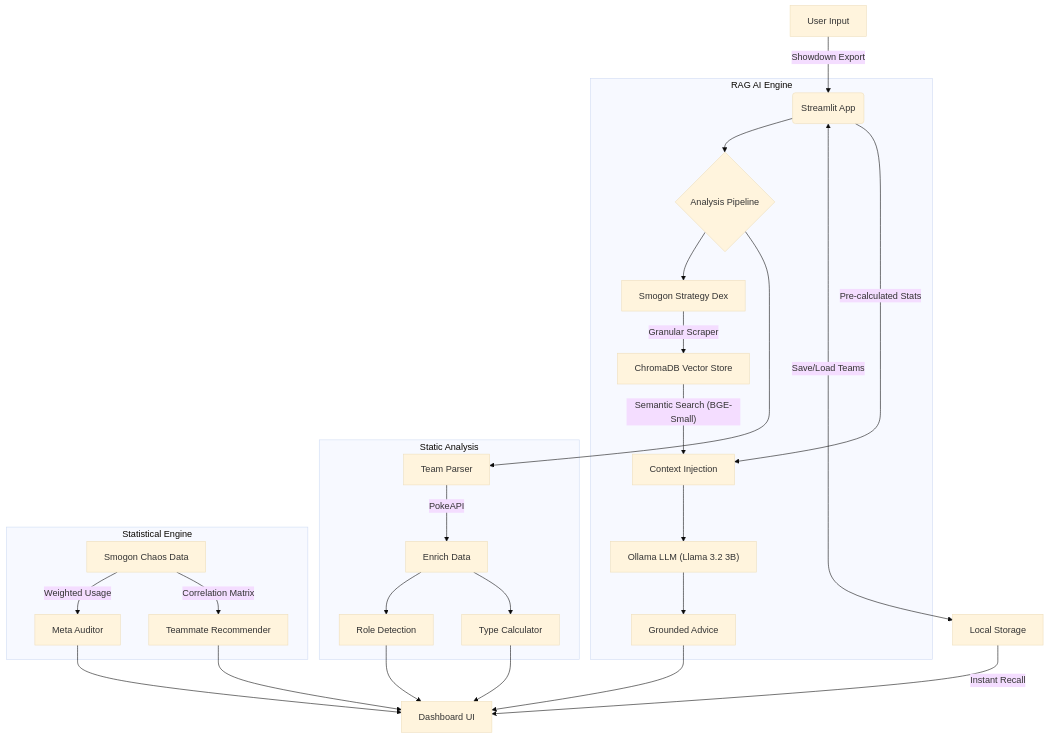
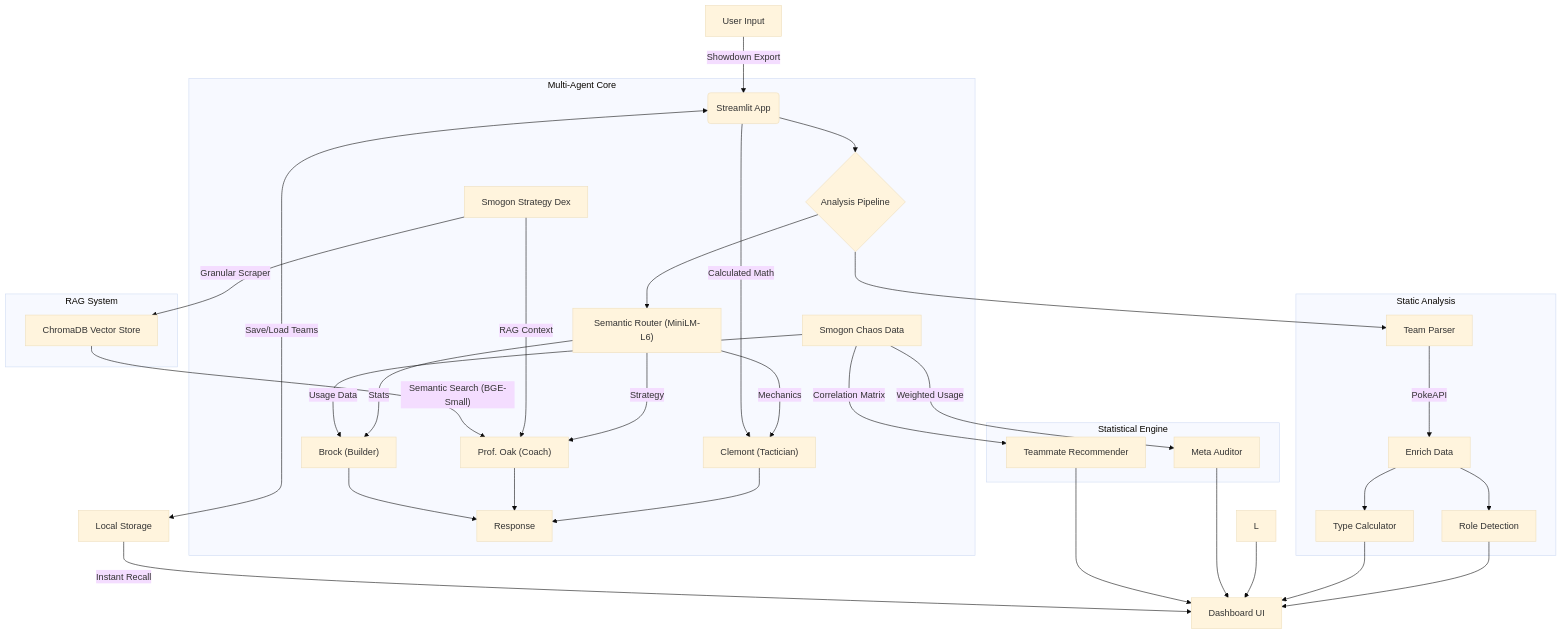
One commit to NamikazeAsh/MetaMatch changed the diagram in README.md. Above: the diagram before and after it, drawn with Mermaid (base theme). The commit also changed other lines of this file and 22 other files, not shown here.

Commit message:
feat: integrate Multi-Agent System (MAS) with Clemont, Oak, and Brock agents

````diff
--- a/README.md
+++ b/README.md
@@ -77,34 +83,44 @@
 ```mermaid
 graph TD
     A[User Input] -->|Showdown Export| B(Streamlit App)
     B --> C{Analysis Pipeline}
     B <-->|Save/Load Teams| S[Local Storage]
 
-    subgraph RAG_Engine ["RAG AI Engine"]
-    C --> H[Smogon Strategy Dex]
+    subgraph AI_Core ["Multi-Agent Core"]
+    C --> R["Semantic Router (MiniLM-L6)"]
+    R -->|Mechanics| T["Clemont (Tactician)"]
+    R -->|Strategy| U["Prof. Oak (Coach)"]
+    R -->|Stats| V["Brock (Builder)"]
+    B -->|Calculated Math| T
+    H -->|RAG Context| U
+    M -->|Usage Data| V
+    T --> W[Response]
+    U --> W
+    V --> W
+    end
+
+    subgraph RAG_Engine ["RAG System"]
+    H[Smogon Strategy Dex]
     H -->|Granular Scraper| I[ChromaDB Vector Store]
-    I -->|"Semantic Search (BGE-Small)"| J[Context Injection]
-    B -->|Pre-calculated Stats| J
-    J --> K["Ollama LLM (Llama 3.2 3B)"]
-    K --> L[Grounded Advice]
+    I -->|"Semantic Search (BGE-Small)"| U
     end
 
     subgraph Static_Analysis ["Static Analysis"]
     C --> D[Team Parser]
     D -->|PokeAPI| E[Enrich Data]
     E --> F[Role Detection]
     E --> G[Type Calculator]
     end
 
     subgraph Statistical_Engine ["Statistical Engine"]
     M[Smogon Chaos Data] -->|Weighted Usage| N[Meta Auditor]
     M -->|Correlation Matrix| O[Teammate Recommender]
     end
 
     F --> P[Dashboard UI]
     G --> P
     L --> P
     N --> P
     O --> P
     S -->|Instant Recall| P
 ```
````
